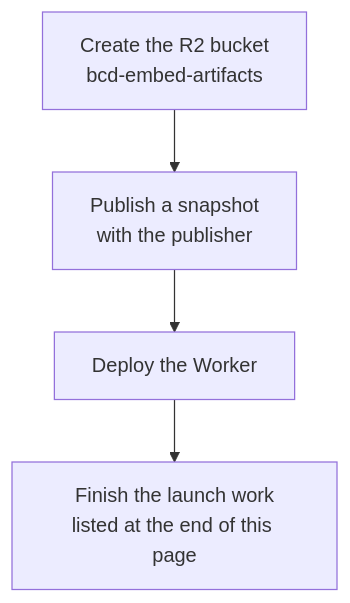
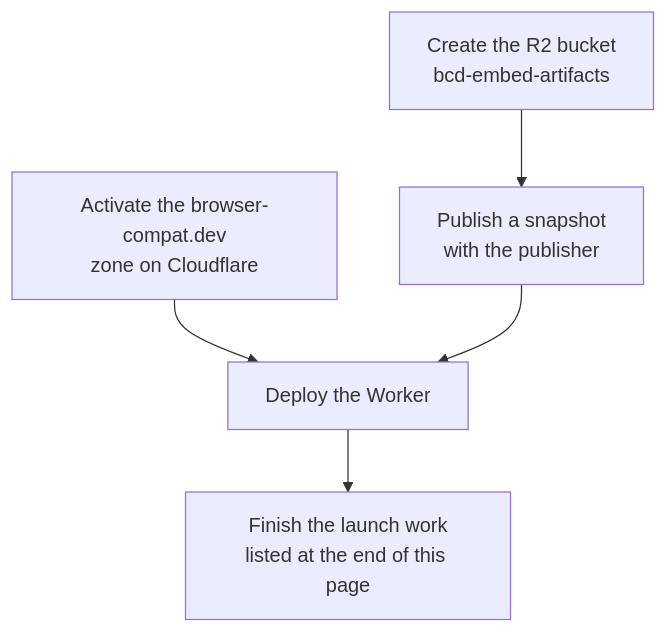
One commit to schalkneethling/bcd-embed changed the first of 2 diagrams in apps/website/src/content/docs/deployment.md. Above: the diagram before and after it, drawn with Mermaid. The commit also changed other lines of this file and 2 other files, not shown here.

First line of the commit message:
Serve the Worker only on api.browser-compat.dev (#179)

````diff
--- a/apps/website/src/content/docs/deployment.md
+++ b/apps/website/src/content/docs/deployment.md
@@ -22,6 +22,7 @@
 ```mermaid
 flowchart TD
     bucket["Create the R2 bucket<br/>bcd-embed-artifacts"] --> publish["Publish a snapshot<br/>with the publisher"]
+    zone["Activate the browser-compat.dev<br/>zone on Cloudflare"] --> deploy
     publish --> deploy["Deploy the Worker"]
     deploy --> launch["Finish the launch work<br/>listed at the end of this page"]
 ```
````
